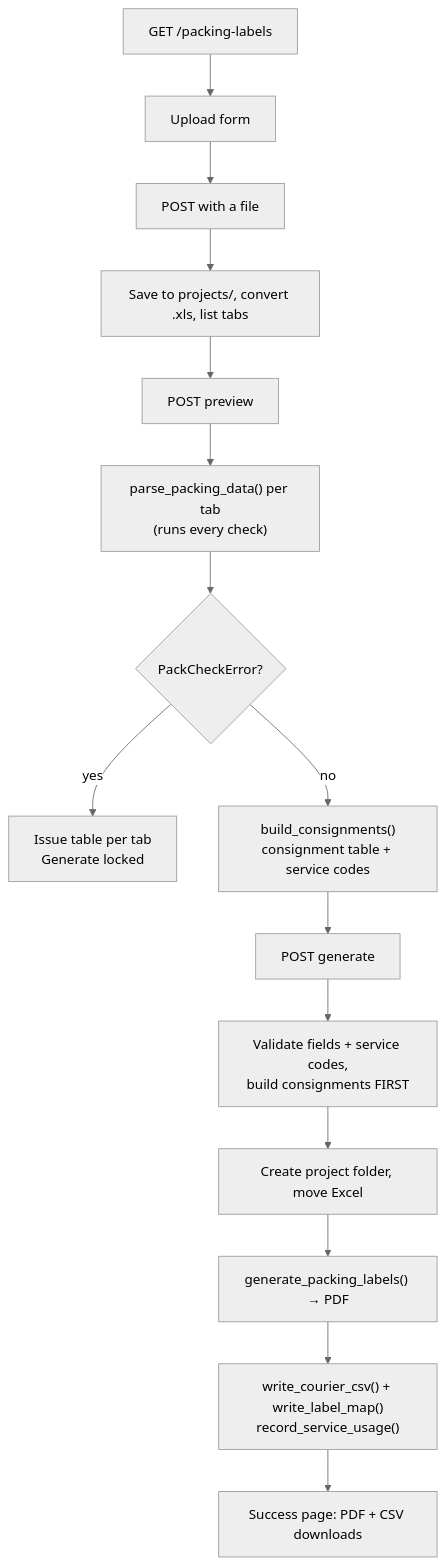
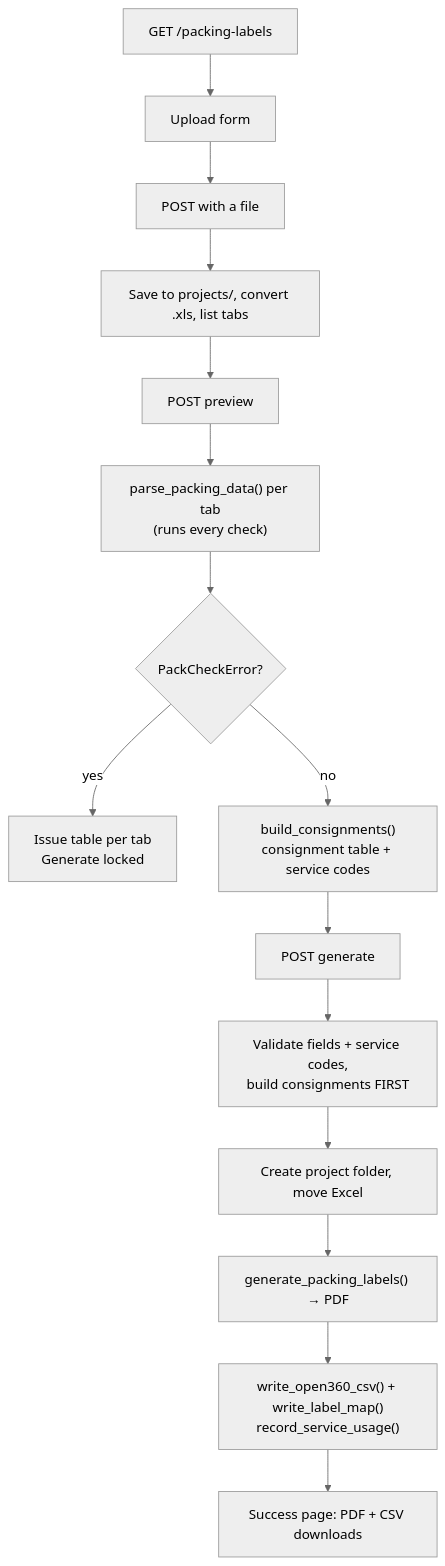
One commit to nesubat/Warehouse_app changed the seventh of 19 diagrams in docs/CODE_GUIDE.md. Above: the diagram before and after it, drawn with Mermaid (neutral theme). The commit also changed other lines of this file and 20 other files, not shown here.

Commit message:
added label matching and csv generation

````diff
--- a/docs/CODE_GUIDE.md
+++ b/docs/CODE_GUIDE.md
@@ -385,22 +385,22 @@
 ```mermaid
 flowchart TD
     A["GET /packing-labels"] --> B[Upload form]
     B --> C["POST with a file"]
     C --> D[Save to projects/, convert .xls, list tabs]
     D --> E["POST preview"]
     E --> F["parse_packing_data() per tab
 (runs every check)"]
     F --> G{PackCheckError?}
     G -- yes --> H[Issue table per tab
 Generate locked]
     G -- no --> I["build_consignments()
 consignment table + service codes"]
     I --> J["POST generate"]
     J --> K["Validate fields + service codes,
 build consignments FIRST"]
     K --> L[Create project folder, move Excel]
     L --> M["generate_packing_labels() → PDF"]
-    M --> N["write_courier_csv() + write_label_map()
+    M --> N["write_open360_csv() + write_label_map()
 record_service_usage()"]
     N --> O[Success page: PDF + CSV downloads]
 ```
````
